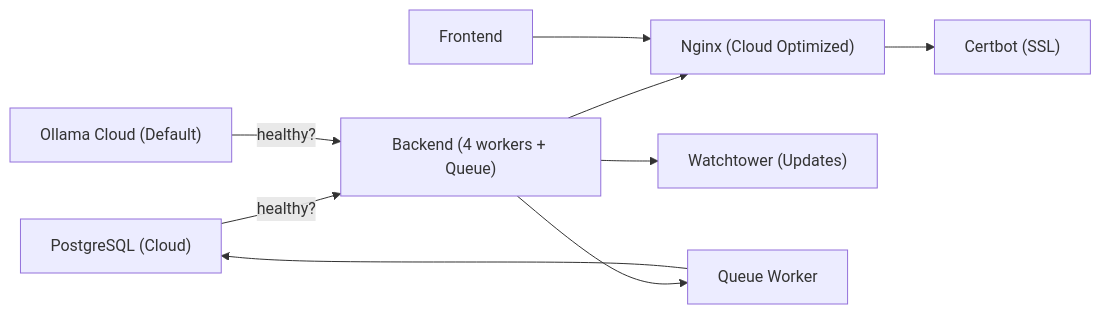
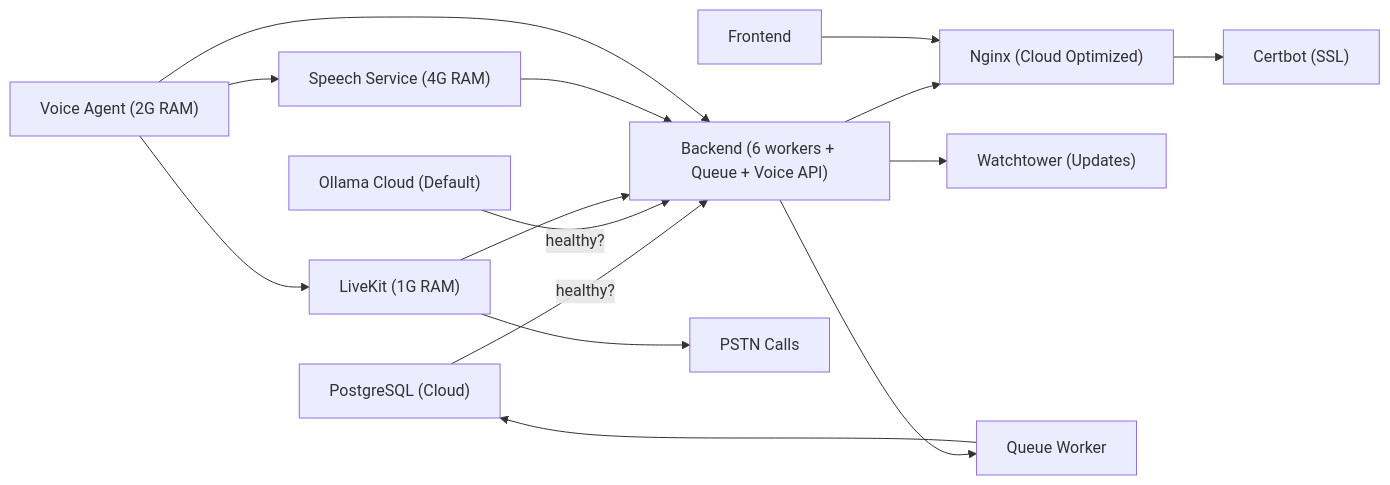
One commit to Revanththetalogics/aireume changed the sixth of 15 diagrams in .qoder/repowiki/en/content/Deployment & DevOps/Deployment & DevOps.md. Above: the diagram before and after it, drawn with Mermaid. The commit also changed other lines of this file and 39 other files, not shown here.

````diff
--- a/.qoder/repowiki/en/content/Deployment & DevOps/Deployment & DevOps.md
+++ b/.qoder/repowiki/en/content/Deployment & DevOps/Deployment & DevOps.md
@@ -310,11 +379,17 @@
 ```mermaid
 graph LR
-Postgres["PostgreSQL (Cloud)"] -- "healthy?" --> Backend["Backend (4 workers + Queue)"]
+Postgres["PostgreSQL (Cloud)"] -- "healthy?" --> Backend["Backend (6 workers + Queue + Voice API)"]
 OllamaCloud["Ollama Cloud (Default)"] -- "healthy?" --> Backend
 Backend --> Nginx["Nginx (Cloud Optimized)"]
 Frontend["Frontend"] --> Nginx
 Nginx --> Certbot["Certbot (SSL)"]
 Backend --> Watchtower["Watchtower (Updates)"]
 Backend --> QueueWorker["Queue Worker"]
+LiveKit["LiveKit (1G RAM)"] --> Backend
+SpeechService["Speech Service (4G RAM)"] --> Backend
+VoiceAgent["Voice Agent (2G RAM)"] --> Backend
 QueueWorker --> Postgres
+LiveKit --> PSTN["PSTN Calls"]
+VoiceAgent --> SpeechService
+VoiceAgent --> LiveKit
 ```
````
